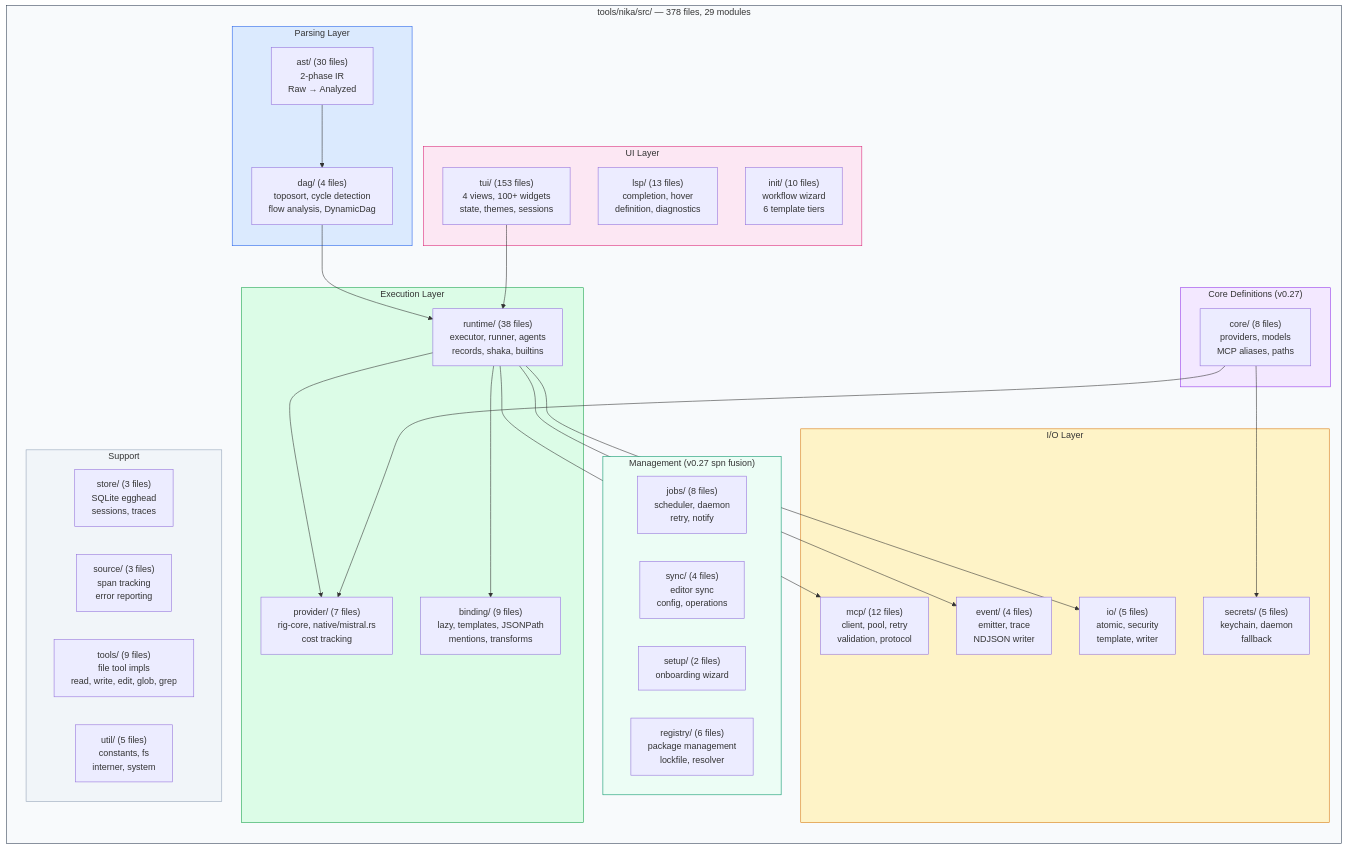
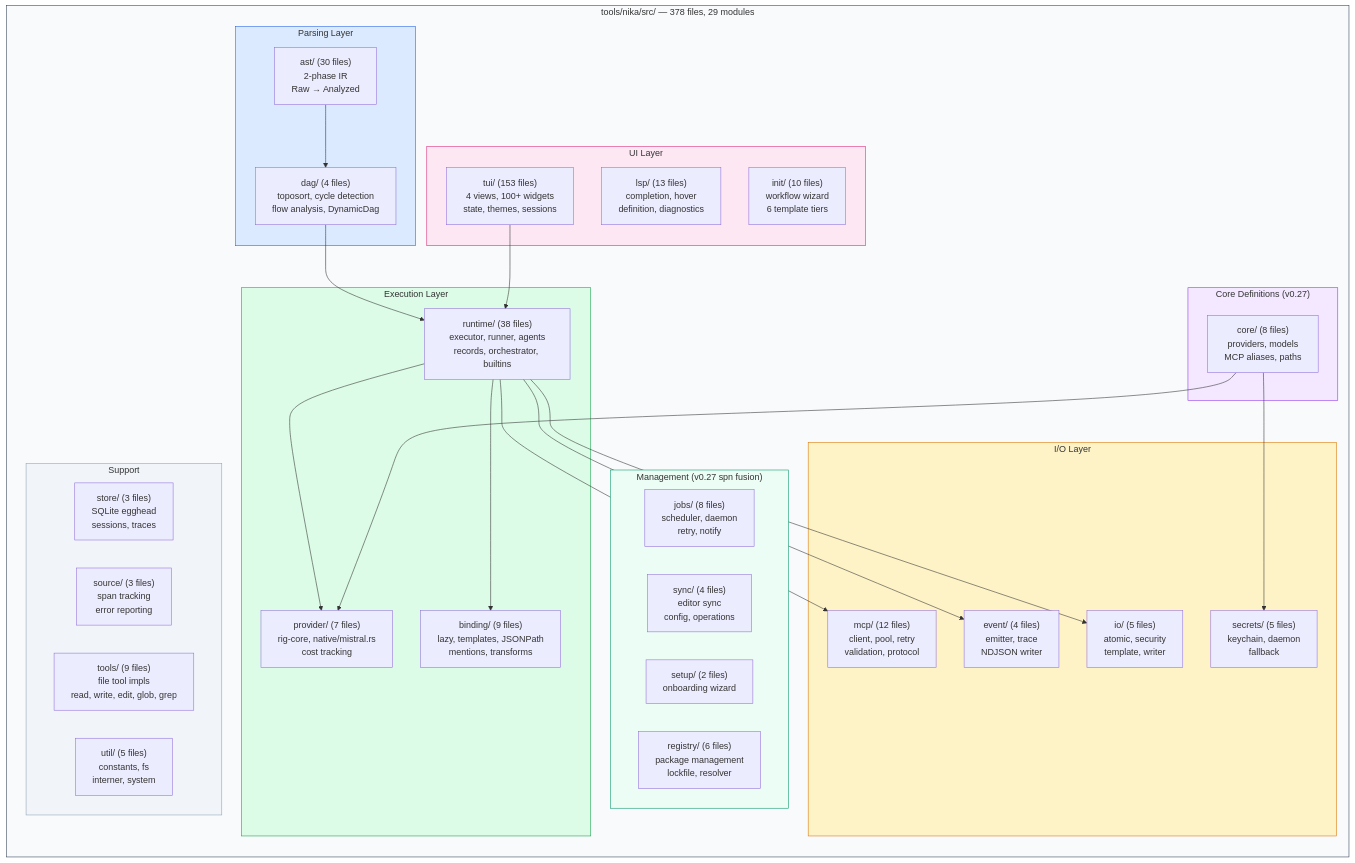
One commit to supernovae-st/nika changed diagram 21 of 23 in docs/vision/11-nika-030-technical-reference.md. Above: the diagram before and after it, drawn with Mermaid. The commit also changed other lines of this file and 72 other files, not shown here.

````diff
--- a/docs/vision/11-nika-030-technical-reference.md
+++ b/docs/vision/11-nika-030-technical-reference.md
@@ -1434,68 +1434,68 @@
 ```mermaid
 flowchart TB
     subgraph SRC["tools/nika/src/ — 378 files, 29 modules"]
         direction TB
 
         subgraph PARSE_LAYER["Parsing Layer"]
             AST_M["ast/ (30 files)\n2-phase IR\nRaw → Analyzed"]
             DAG_M["dag/ (4 files)\ntoposort, cycle detection\nflow analysis, DynamicDag"]
         end
 
         subgraph EXEC_LAYER["Execution Layer"]
-            RUNTIME_M["runtime/ (38 files)\nexecutor, runner, agents\nrecords, shaka, builtins"]
+            RUNTIME_M["runtime/ (38 files)\nexecutor, runner, agents\nrecords, orchestrator, builtins"]
             PROVIDER_M["provider/ (7 files)\nrig-core, native/mistral.rs\ncost tracking"]
             BINDING_M["binding/ (9 files)\nlazy, templates, JSONPath\nmentions, transforms"]
         end
 
         subgraph IO_LAYER_M["I/O Layer"]
             MCP_M["mcp/ (12 files)\nclient, pool, retry\nvalidation, protocol"]
             EVENT_M["event/ (4 files)\nemitter, trace\nNDJSON writer"]
             IO_M["io/ (5 files)\natomic, security\ntemplate, writer"]
             SECRETS_M["secrets/ (5 files)\nkeychain, daemon\nfallback"]
         end
 
         subgraph CORE_LAYER["Core Definitions (v0.27)"]
             CORE_M["core/ (8 files)\nproviders, models\nMCP aliases, paths"]
         end
 
         subgraph UI_LAYER["UI Layer"]
             TUI_M["tui/ (153 files)\n4 views, 100+ widgets\nstate, themes, sessions"]
             LSP_M["lsp/ (13 files)\ncompletion, hover\ndefinition, diagnostics"]
             INIT_M["init/ (10 files)\nworkflow wizard\n6 template tiers"]
         end
 
         subgraph MGMT_LAYER["Management (v0.27 spn fusion)"]
             JOBS_M["jobs/ (8 files)\nscheduler, daemon\nretry, notify"]
             SYNC_M["sync/ (4 files)\neditor sync\nconfig, operations"]
             SETUP_M["setup/ (2 files)\nonboarding wizard"]
             REGISTRY_M["registry/ (6 files)\npackage management\nlockfile, resolver"]
         end
 
         subgraph SUPPORT["Support"]
             STORE_M["store/ (3 files)\nSQLite egghead\nsessions, traces"]
             SOURCE_M["source/ (3 files)\nspan tracking\nerror reporting"]
             TOOLS_M["tools/ (9 files)\nfile tool impls\nread, write, edit, glob, grep"]
             UTIL_M["util/ (5 files)\nconstants, fs\ninterner, system"]
         end
     end
 
     AST_M --> DAG_M
     DAG_M --> RUNTIME_M
     RUNTIME_M --> PROVIDER_M
     RUNTIME_M --> BINDING_M
     RUNTIME_M --> MCP_M
     RUNTIME_M --> EVENT_M
     RUNTIME_M --> IO_M
     CORE_M --> PROVIDER_M
     CORE_M --> SECRETS_M
     TUI_M --> RUNTIME_M
 
     style SRC fill:#f8fafc,stroke:#334155
     style PARSE_LAYER fill:#dbeafe,stroke:#2563eb
     style EXEC_LAYER fill:#dcfce7,stroke:#16a34a
     style IO_LAYER_M fill:#fef3c7,stroke:#d97706
     style CORE_LAYER fill:#f3e8ff,stroke:#9333ea
     style UI_LAYER fill:#fce7f3,stroke:#db2777
     style MGMT_LAYER fill:#ecfdf5,stroke:#059669
     style SUPPORT fill:#f1f5f9,stroke:#94a3b8
 ```
````
